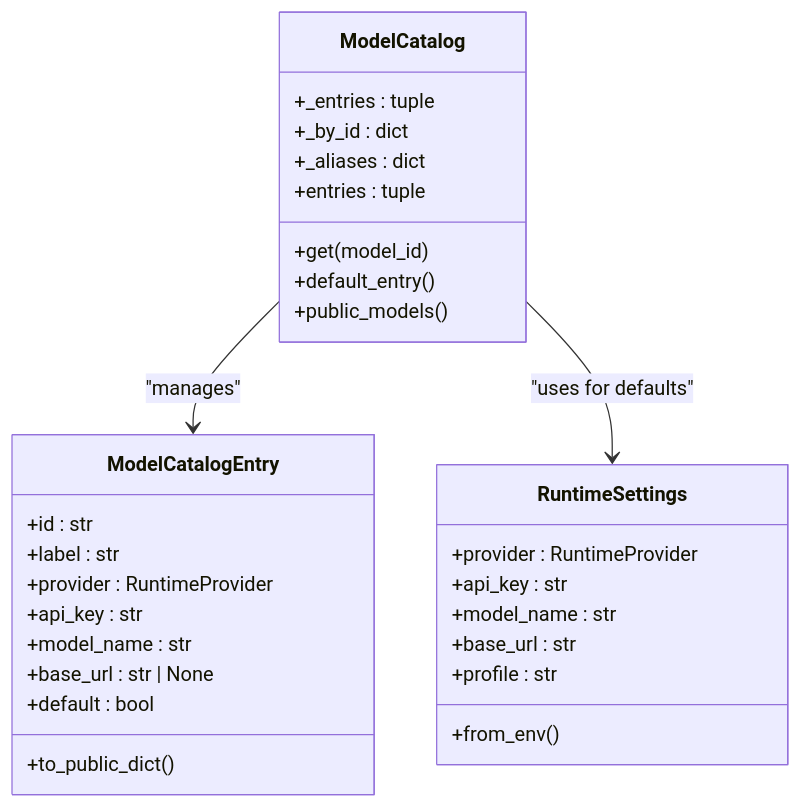
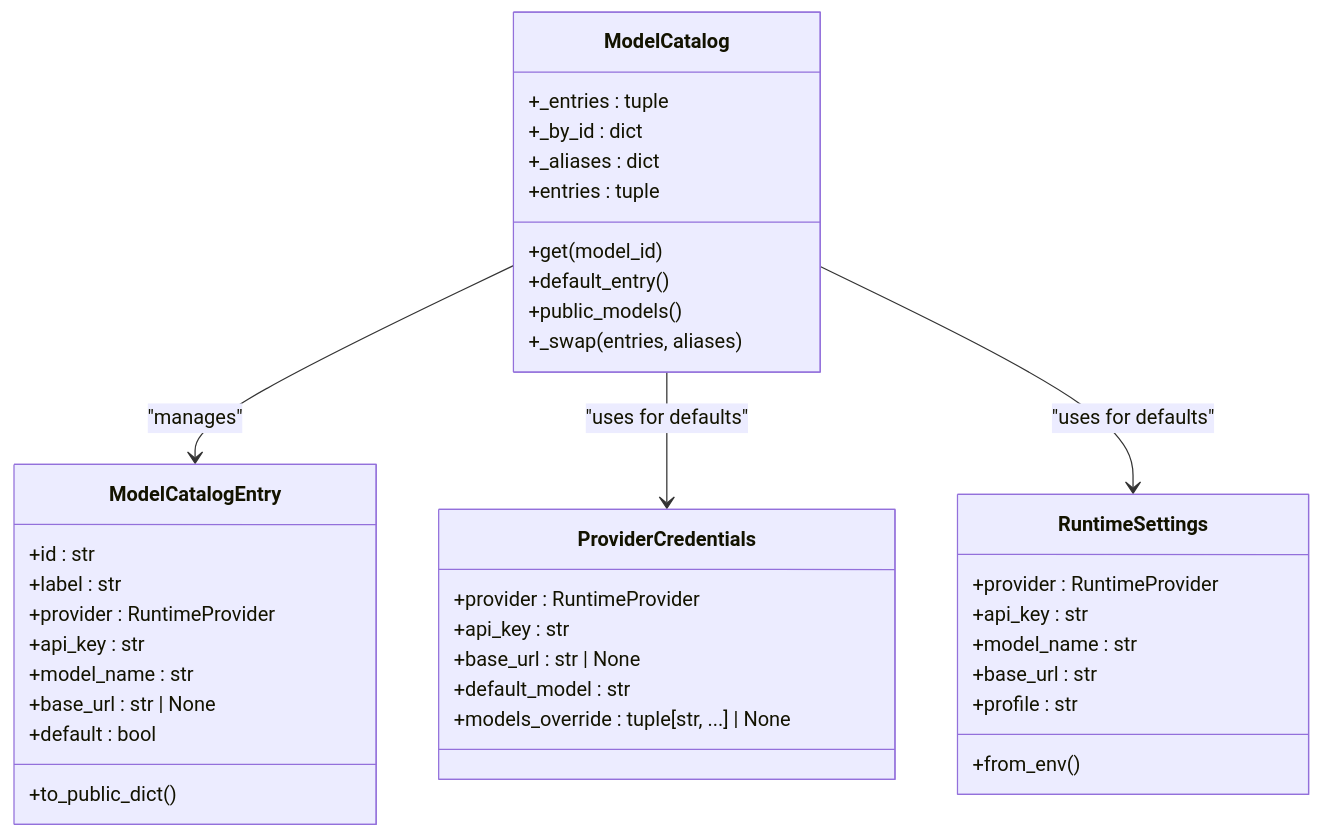
Before and after one commit to metasync/luban-aiops: diagram 21 of 25 in .qoder/repowiki/en/content/Agent Platform Service/Agent Platform Service.md, drawn with Mermaid. The commit also changed other lines of this file and 7 other files, not shown here.

````diff
--- a/.qoder/repowiki/en/content/Agent Platform Service/Agent Platform Service.md
+++ b/.qoder/repowiki/en/content/Agent Platform Service/Agent Platform Service.md
@@ -1269,32 +1315,41 @@
 ```mermaid
 classDiagram
 class ModelCatalogEntry {
 +id : str
 +label : str
 +provider : RuntimeProvider
 +api_key : str
 +model_name : str
 +base_url : str | None
 +default : bool
 +to_public_dict()
 }
 class ModelCatalog {
 +_entries : tuple
 +_by_id : dict
 +_aliases : dict
 +entries : tuple
 +get(model_id)
 +default_entry()
 +public_models()
++_swap(entries, aliases)
+}
+class ProviderCredentials {
++provider : RuntimeProvider
++api_key : str
++base_url : str | None
++default_model : str
++models_override : tuple[str, ...] | None
 }
 class RuntimeSettings {
 +provider : RuntimeProvider
 +api_key : str
 +model_name : str
 +base_url : str
 +profile : str
 +from_env()
 }
 ModelCatalog --> ModelCatalogEntry : "manages"
+ModelCatalog --> ProviderCredentials : "uses for defaults"
 ModelCatalog --> RuntimeSettings : "uses for defaults"
 ```
````
